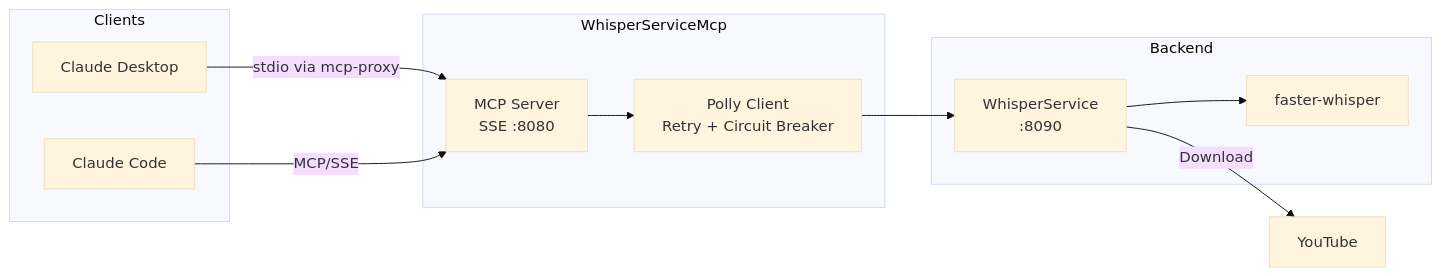
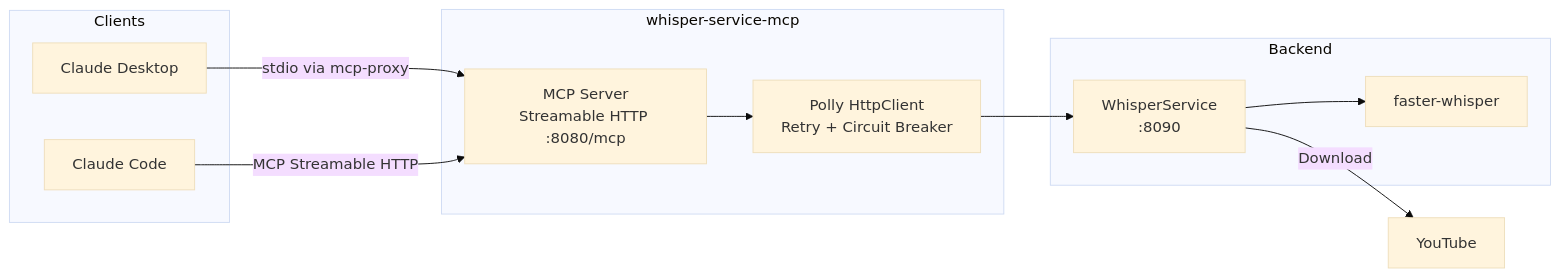
One commit to jpansarasa/ATLAS-Docs changed the diagram in WhisperService/mcp/README.md. Above: the diagram before and after it, drawn with Mermaid (base theme). The commit also changed other lines of this file, not shown here.

````diff
--- a/WhisperService/mcp/README.md
+++ b/WhisperService/mcp/README.md
@@ -11,22 +11,22 @@
 ```mermaid
 flowchart LR
     subgraph Clients
         CD[Claude Desktop]
         CC[Claude Code]
     end
 
-    subgraph WhisperServiceMcp
-        MCP[MCP Server<br/>SSE :8080]
-        PC[Polly Client<br/>Retry + Circuit Breaker]
+    subgraph whisper-service-mcp
+        MCP[MCP Server<br/>Streamable HTTP :8080/mcp]
+        PC[Polly HttpClient<br/>Retry + Circuit Breaker]
     end
 
     subgraph Backend
         WS[WhisperService<br/>:8090]
         W[faster-whisper]
     end
 
     CD -->|stdio via mcp-proxy| MCP
-    CC -->|MCP/SSE| MCP
+    CC -->|MCP Streamable HTTP| MCP
     MCP --> PC --> WS --> W
     WS -->|Download| YT[YouTube]
 ```
````
